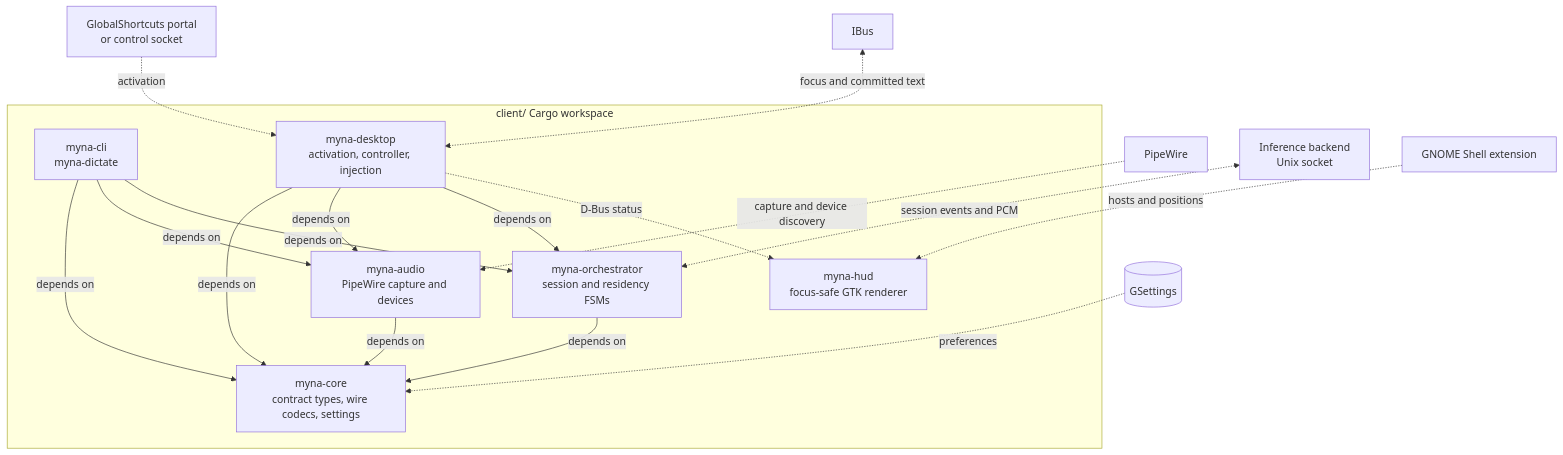
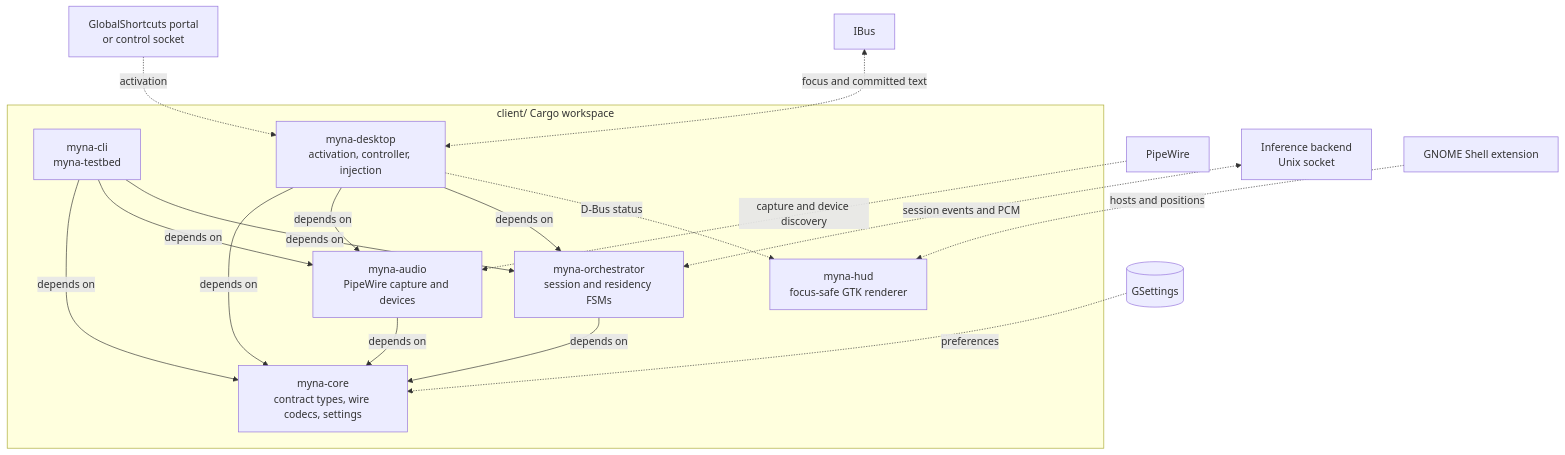
The diagram in client/.kb/crate-architecture.md (canonical/myna), drawn with Mermaid before and after one commit. The commit also changed 15 other files, not shown here.

First line of the commit message:
refactor(cli): rename myna-dictate to myna-testbed

````diff
--- a/client/.kb/crate-architecture.md
+++ b/client/.kb/crate-architecture.md
@@ -11,28 +11,28 @@
 ```mermaid
 flowchart TB
     subgraph workspace["client/ Cargo workspace"]
         core["myna-core<br/>contract types, wire codecs, settings"]
         audio["myna-audio<br/>PipeWire capture and devices"]
         orchestrator["myna-orchestrator<br/>session and residency FSMs"]
-        cli["myna-cli<br/>myna-dictate"]
+        cli["myna-cli<br/>myna-testbed"]
         desktop["myna-desktop<br/>activation, controller, injection"]
         hud["myna-hud<br/>focus-safe GTK renderer"]
 
         audio -->|"depends on"| core
         orchestrator -->|"depends on"| core
         cli -->|"depends on"| core
         cli -->|"depends on"| audio
         cli -->|"depends on"| orchestrator
         desktop -->|"depends on"| core
         desktop -->|"depends on"| audio
         desktop -->|"depends on"| orchestrator
     end
 
     pipewire["PipeWire"] -.->|"capture and device discovery"| audio
     backend["Inference backend<br/>Unix socket"] <-.->|"session events and PCM"| orchestrator
     gsettings[("GSettings")] -.->|"preferences"| core
     portal["GlobalShortcuts portal<br/>or control socket"] -.->|"activation"| desktop
     ibus["IBus"] <-.->|"focus and committed text"| desktop
     desktop -.->|"D-Bus status"| hud
     shell["GNOME Shell extension"] -.->|"hosts and positions"| hud
 ```
````
